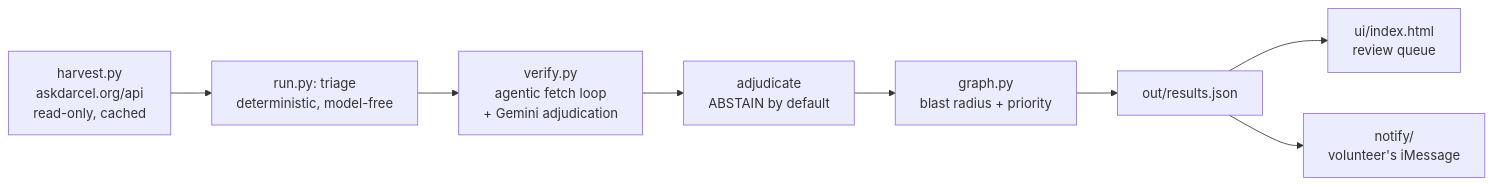
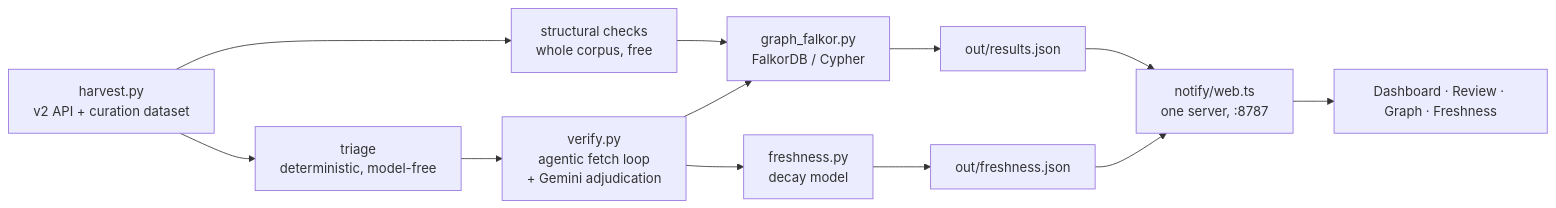
Before and after one commit to FelixIsaac/darcel-watch: the diagram in BRIEF.md, drawn with Mermaid. The commit also changed other lines of this file and 3 other files, not shown here.

````diff
--- a/BRIEF.md
+++ b/BRIEF.md
@@ -75,10 +49,14 @@
 ```mermaid
 flowchart LR
-    A[harvest.py<br/>askdarcel.org/api<br/>read-only, cached] --> B[run.py: triage<br/>deterministic, model-free]
-    B --> C[verify.py<br/>agentic fetch loop<br/>+ Gemini adjudication]
-    C --> D[adjudicate<br/>ABSTAIN by default]
-    D --> E[graph.py<br/>blast radius + priority]
+    A[harvest.py<br/>v2 API + curation dataset] --> B[structural checks<br/>whole corpus, free]
+    A --> C[triage<br/>deterministic, model-free]
+    C --> D[verify.py<br/>agentic fetch loop<br/>+ Gemini adjudication]
+    B --> E[graph_falkor.py<br/>FalkorDB / Cypher]
+    D --> E
     E --> F[out/results.json]
-    F --> G[ui/index.html<br/>review queue]
-    F --> H[notify/<br/>volunteer's iMessage]
+    D --> G[freshness.py<br/>decay model]
+    G --> H[out/freshness.json]
+    F --> I[notify/web.ts<br/>one server, :8787]
+    H --> I
+    I --> J[Dashboard · Review · Graph · Freshness]
 ```
````
